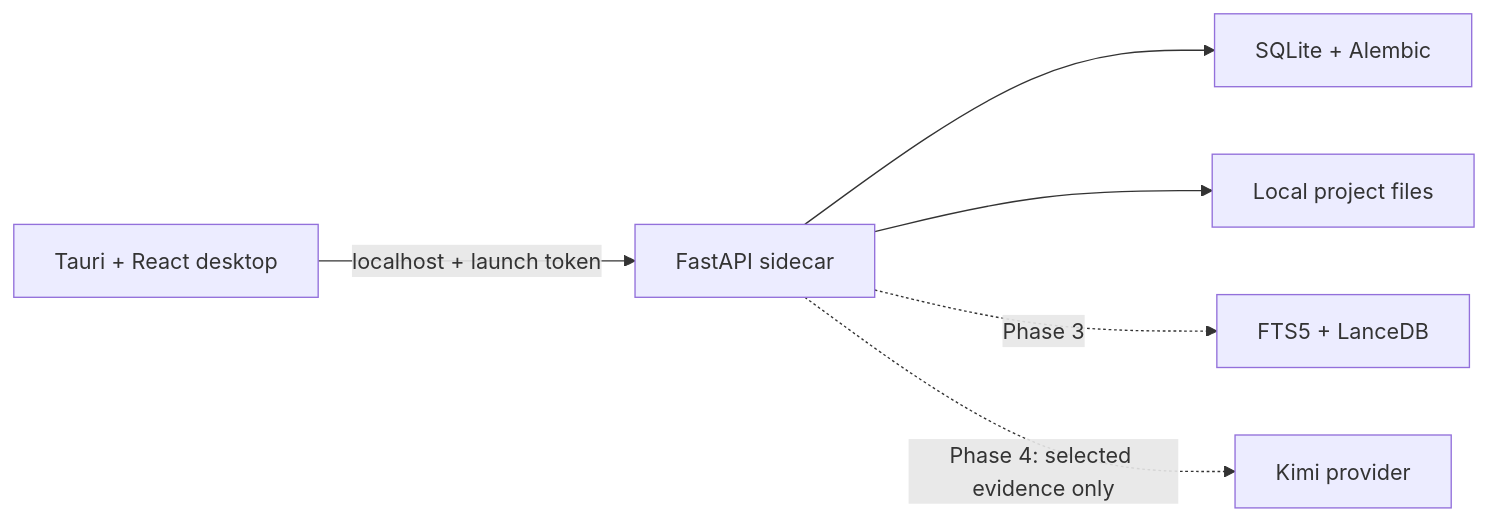
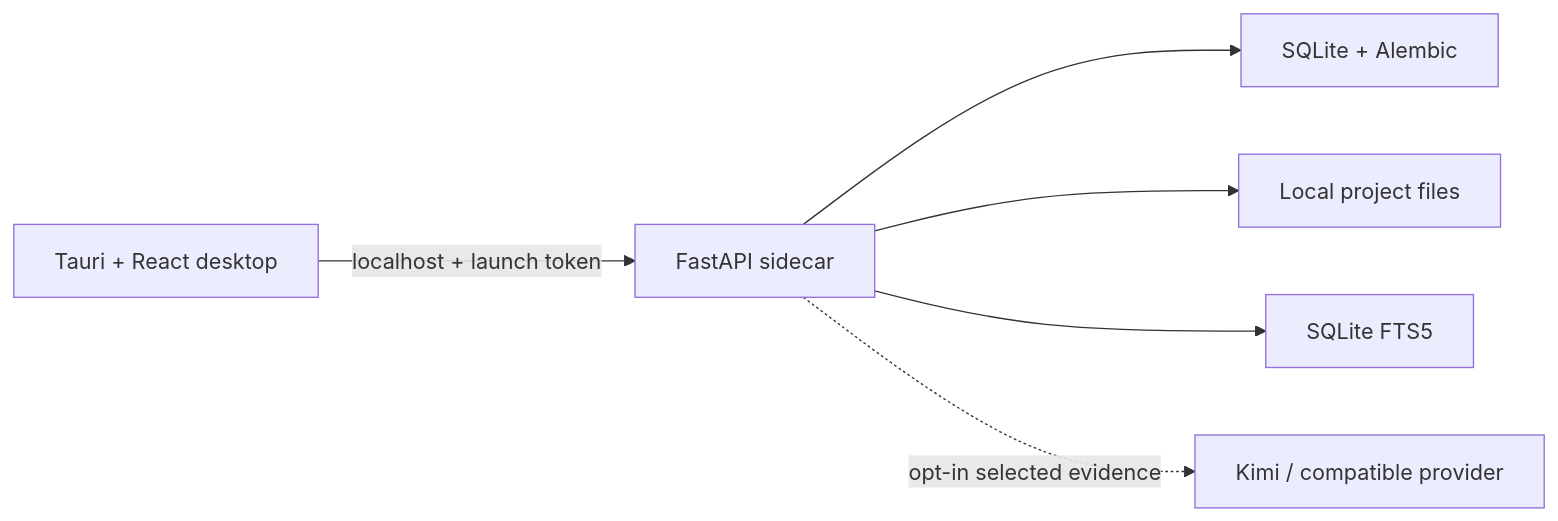
The diagram in README.md (yafim95/ChatGPT), drawn with Mermaid before and after one commit. The commit also changed other lines of this file and 82 other files, not shown here.

````diff
--- a/README.md
+++ b/README.md
@@ -19,8 +25,8 @@
 ```mermaid
 flowchart LR
     UI["Tauri + React desktop"] -->|"localhost + launch token"| API["FastAPI sidecar"]
     API --> DB["SQLite + Alembic"]
     API --> FS["Local project files"]
-    API -. "Phase 3" .-> IDX["FTS5 + LanceDB"]
-    API -. "Phase 4: selected evidence only" .-> KIMI["Kimi provider"]
+    API --> IDX["SQLite FTS5"]
+    API -. "opt-in selected evidence" .-> KIMI["Kimi / compatible provider"]
 ```
````
